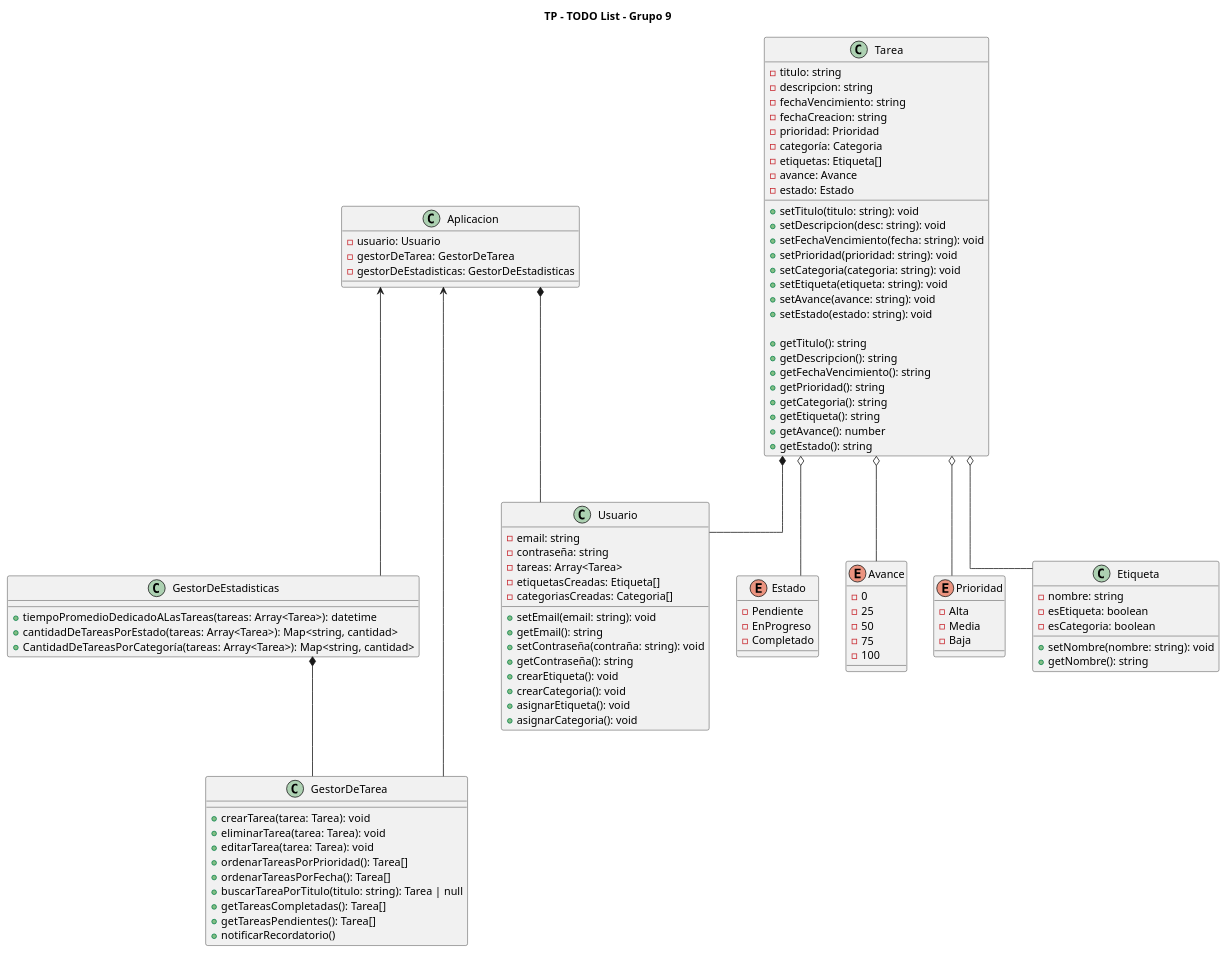
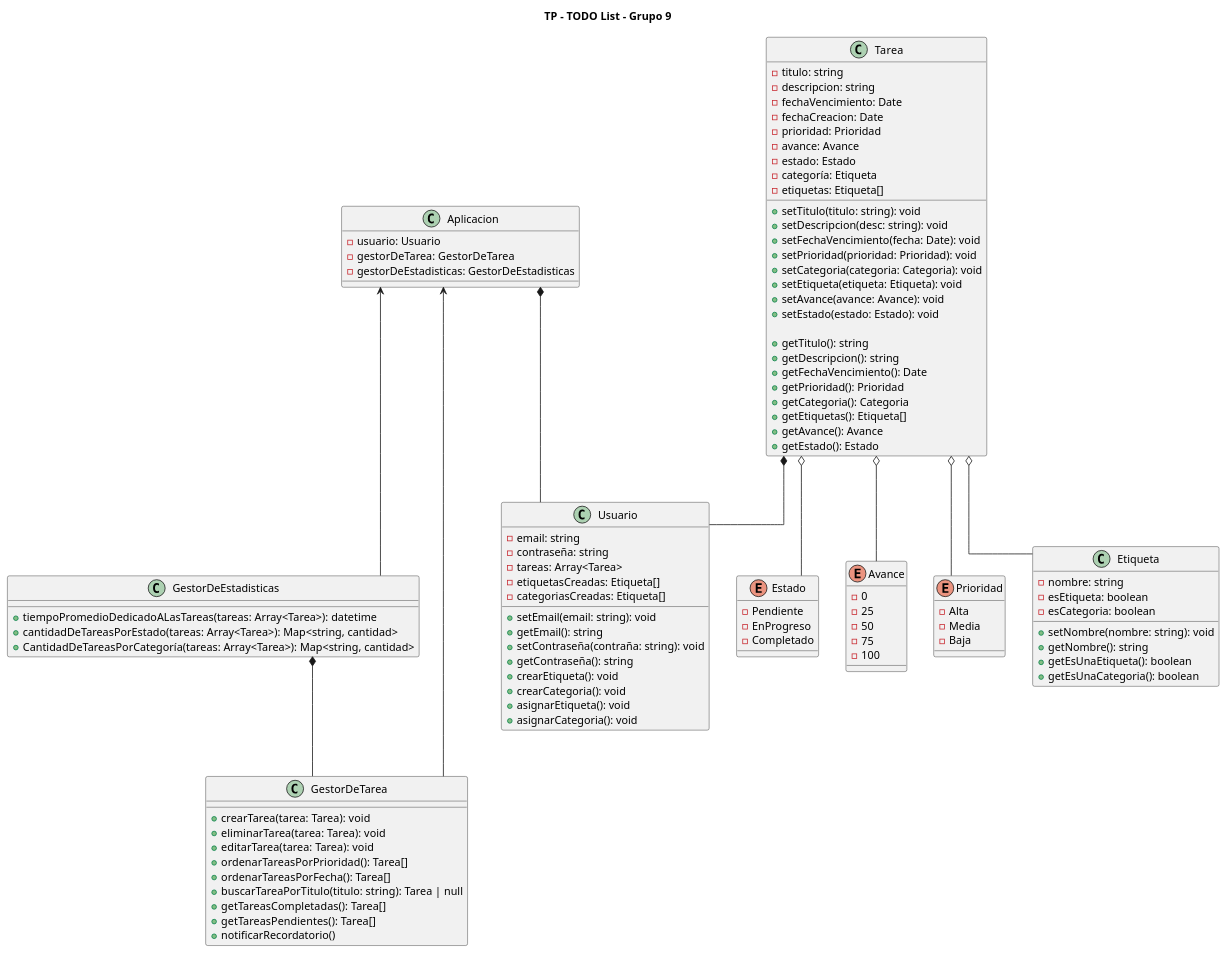
One commit to FrancisLuna/ToDo-POO-Grupo-9 changed the diagram in Diagrama/pao_diagrama.puml. Above: the diagram before and after it, drawn with PlantUML. The commit also changed 9 other files, not shown here.

Commit message:
feat: Creo la clase Tarea y sus dependencias y actualizo el diagrama

```diff
--- a/Diagrama/pao_diagrama.puml
+++ b/Diagrama/pao_diagrama.puml
@@ -1,116 +1,118 @@
 @startuml ToDoList
 
 title TP - TODO List - Grupo 9
 skinparam lineType ortho
 
 class Aplicacion{
     - usuario: Usuario
     - gestorDeTarea: GestorDeTarea
     - gestorDeEstadisticas: GestorDeEstadisticas
 }
 
 class GestorDeEstadisticas{
     + tiempoPromedioDedicadoALasTareas(tareas: Array<Tarea>): datetime
     + cantidadDeTareasPorEstado(tareas: Array<Tarea>): Map<string, cantidad>
     + CantidadDeTareasPorCategoría(tareas: Array<Tarea>): Map<string, cantidad>
 }
 
 class Usuario{
     - email: string
     - contraseña: string
     - tareas: Array<Tarea>
     - etiquetasCreadas: Etiqueta[]
-    - categoriasCreadas: Categoria[]
+    - categoriasCreadas: Etiqueta[]
 
     + setEmail(email: string): void
     + getEmail(): string
     + setContraseña(contraña: string): void
     + getContraseña(): string
     + crearEtiqueta(): void
     + crearCategoria(): void
     + asignarEtiqueta(): void
     + asignarCategoria(): void
 }
 
 class Tarea{
     - titulo: string
     - descripcion: string
-    - fechaVencimiento: string
-    - fechaCreacion: string
+    - fechaVencimiento: Date
+    - fechaCreacion: Date
     - prioridad: Prioridad
-    - categoría: Categoria
-    - etiquetas: Etiqueta[]
     - avance: Avance
     - estado: Estado
-
+    - categoría: Etiqueta
+    - etiquetas: Etiqueta[]
+    
     + setTitulo(titulo: string): void
     + setDescripcion(desc: string): void
-    + setFechaVencimiento(fecha: string): void
-    + setPrioridad(prioridad: string): void
-    + setCategoria(categoria: string): void
-    + setEtiqueta(etiqueta: string): void
-    + setAvance(avance: string): void
-    + setEstado(estado: string): void
+    + setFechaVencimiento(fecha: Date): void
+    + setPrioridad(prioridad: Prioridad): void
+    + setCategoria(categoria: Categoria): void
+    + setEtiqueta(etiqueta: Etiqueta): void
+    + setAvance(avance: Avance): void
+    + setEstado(estado: Estado): void
 
     + getTitulo(): string
     + getDescripcion(): string
-    + getFechaVencimiento(): string
-    + getPrioridad(): string
-    + getCategoria(): string
-    + getEtiqueta(): string
-    + getAvance(): number
-    + getEstado(): string
+    + getFechaVencimiento(): Date
+    + getPrioridad(): Prioridad
+    + getCategoria(): Categoria
+    + getEtiquetas(): Etiqueta[]
+    + getAvance(): Avance
+    + getEstado(): Estado
 }
 
 ENUM Estado{
     - Pendiente
     - EnProgreso
     - Completado
 }
 
 ENUM Avance{
     - 0
     - 25
     - 50
     - 75
     - 100
 }
 
 ENUM Prioridad{
     - Alta
     - Media
     - Baja
 }
 
 class Etiqueta{
     - nombre: string
     - esEtiqueta: boolean
     - esCategoria: boolean
 
     + setNombre(nombre: string): void
     + getNombre(): string
+    + getEsUnaEtiqueta(): boolean
+    + getEsUnaCategoria(): boolean
 }
 
 class GestorDeTarea{
     + crearTarea(tarea: Tarea): void
     + eliminarTarea(tarea: Tarea): void
     + editarTarea(tarea: Tarea): void
     + ordenarTareasPorPrioridad(): Tarea[]
     + ordenarTareasPorFecha(): Tarea[]
     + buscarTareaPorTitulo(titulo: string): Tarea | null
     + getTareasCompletadas(): Tarea[]
     + getTareasPendientes(): Tarea[]
     + notificarRecordatorio()
 }
 
 Aplicacion *-- Usuario
 Aplicacion <-- GestorDeTarea
 Aplicacion <-- GestorDeEstadisticas
 GestorDeEstadisticas *-- GestorDeTarea
 Tarea *-- Usuario
 Tarea o-- Etiqueta
 Tarea o-- Prioridad
 Tarea o-- Estado
 Tarea o-- Avance
 
 @enduml
```
